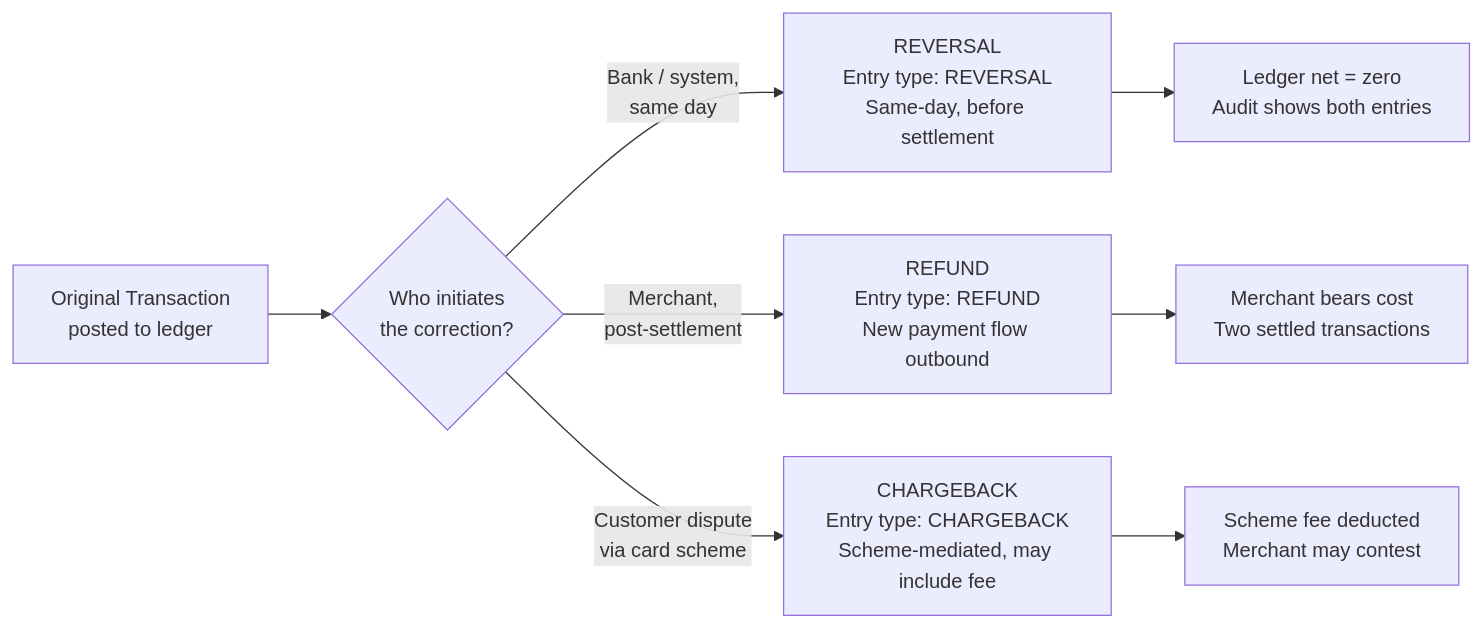
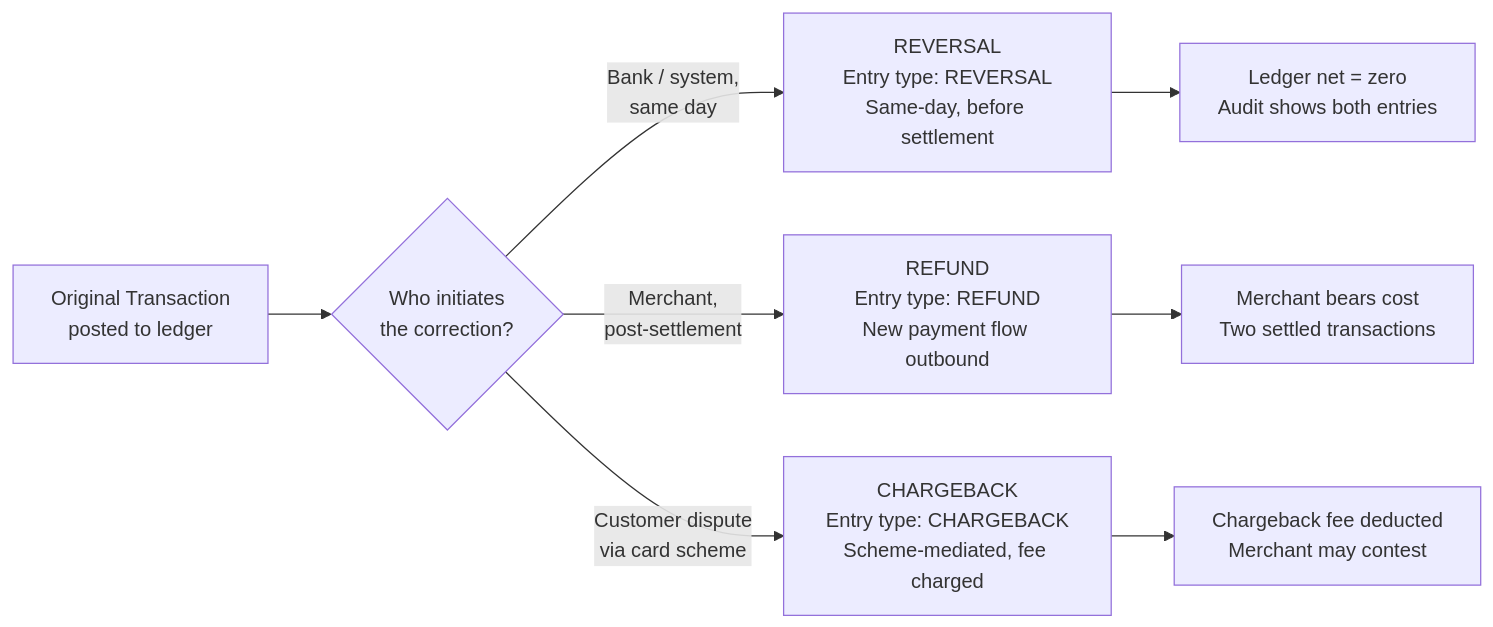
Before and after one commit to mostafasroor1983/fintech-engineering-mastery: the first of 2 diagrams in docs/content/tracks/track-05-transaction-integrity/lesson-23-compensating-transactions/index.md, drawn with Mermaid. The commit also changed other lines of this file and 345 other files, not shown here.

````diff
--- a/docs/content/tracks/track-05-transaction-integrity/lesson-23-compensating-transactions/index.md
+++ b/docs/content/tracks/track-05-transaction-integrity/lesson-23-compensating-transactions/index.md
@@ -37,10 +39,10 @@
 ```mermaid
 flowchart LR
     A[Original Transaction\nposted to ledger] --> B{Who initiates\nthe correction?}
     B -->|Bank / system,\nsame day| C[REVERSAL\nEntry type: REVERSAL\nSame-day, before settlement]
     B -->|Merchant,\npost-settlement| D[REFUND\nEntry type: REFUND\nNew payment flow outbound]
-    B -->|Customer dispute\nvia card scheme| E[CHARGEBACK\nEntry type: CHARGEBACK\nScheme-mediated, may include fee]
+    B -->|Customer dispute\nvia card scheme| E[CHARGEBACK\nEntry type: CHARGEBACK\nScheme-mediated, fee charged]
     C --> F[Ledger net = zero\nAudit shows both entries]
     D --> G[Merchant bears cost\nTwo settled transactions]
-    E --> H[Scheme fee deducted\nMerchant may contest]
+    E --> H[Chargeback fee deducted\nMerchant may contest]
 ```
````
